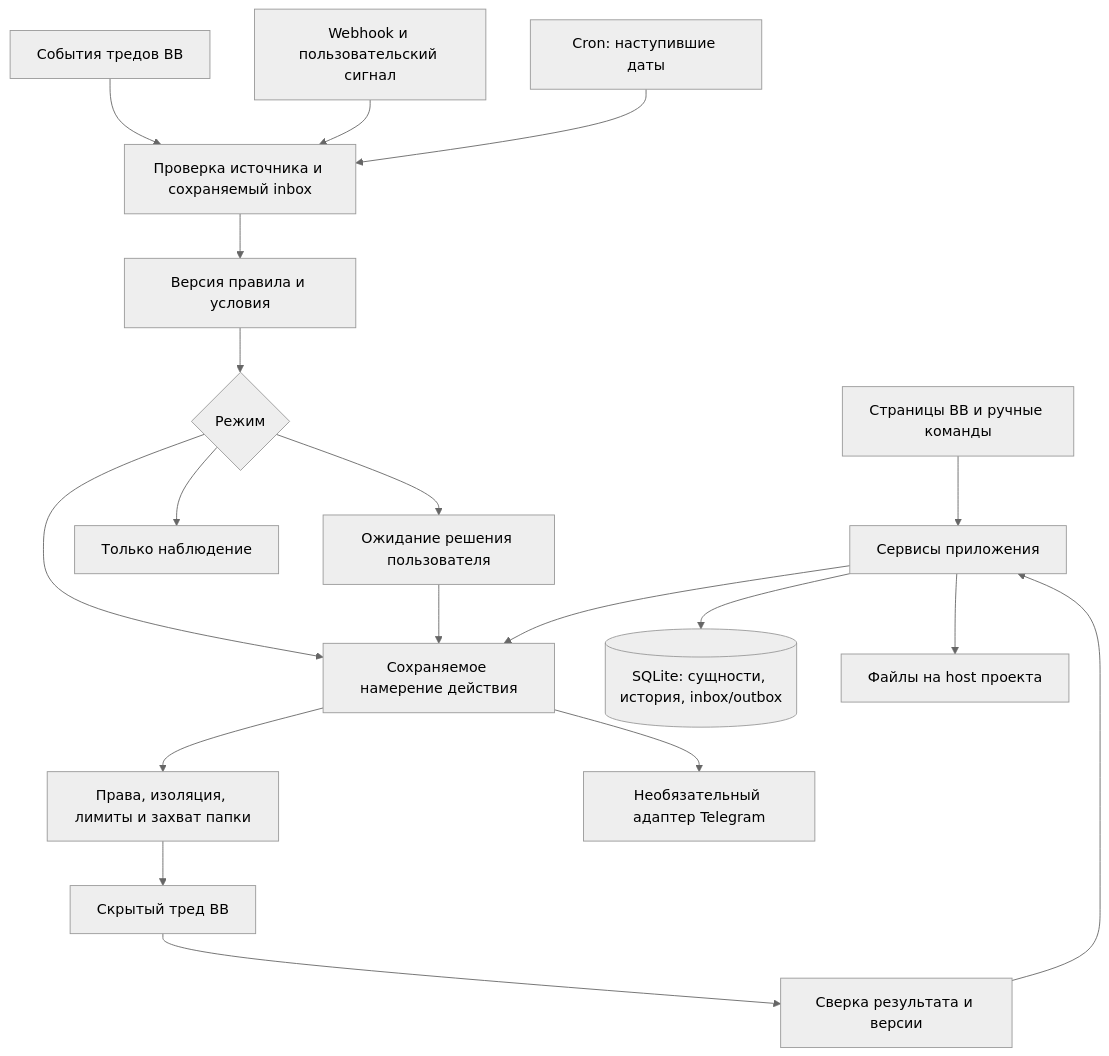
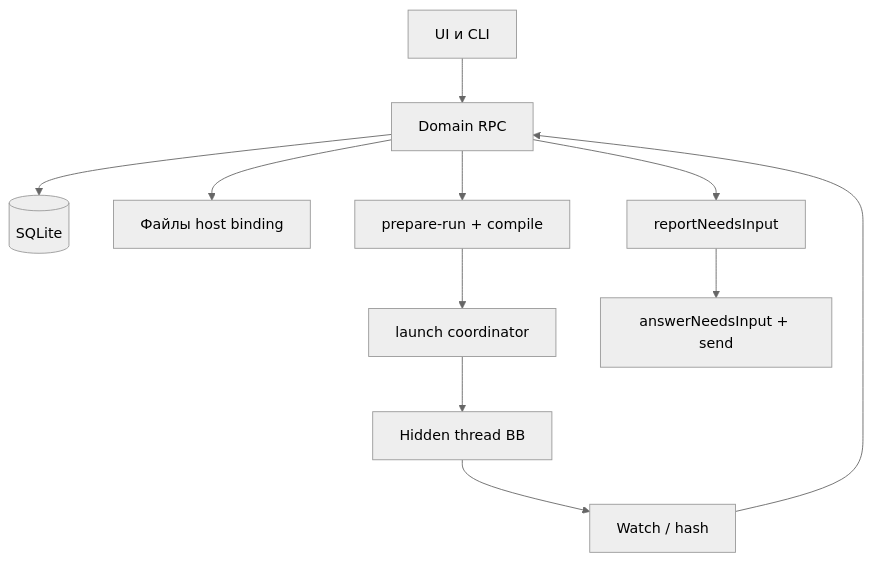
One commit to VKirill/bb-plugin-agency changed the diagram in docs/architecture.md. Above: the diagram before and after it, drawn with Mermaid (neutral theme). The commit also changed other lines of this file and 418 other files, not shown here.

````diff
--- a/docs/architecture.md
+++ b/docs/architecture.md
@@ -20,21 +15,13 @@
 ```mermaid
 flowchart TD
-  UI[Страницы BB и ручные команды] --> S[Сервисы приложения]
-  B[События тредов BB] --> I[Проверка источника и сохраняемый inbox]
-  W[Webhook и пользовательский сигнал] --> I
-  C[Cron: наступившие даты] --> I
-  I --> R[Версия правила и условия]
-  R --> M{Режим}
-  M --> O[Только наблюдение]
-  M --> A[Ожидание решения пользователя]
-  M --> Q[Сохраняемое намерение действия]
-  A --> Q
-  S --> Q
-  Q --> G[Права, изоляция, лимиты и захват папки]
-  G --> T[Скрытый тред BB]
-  T --> V[Сверка результата и версии]
-  V --> S
-  S --> D[(SQLite: сущности, история, inbox/outbox)]
-  Q --> TG[Необязательный адаптер Telegram]
-  S --> F[Файлы на host проекта]
+  UI[UI и CLI] --> S[Domain RPC]
+  S --> D[(SQLite)]
+  S --> F[Файлы host binding]
+  S --> P[prepare-run + compile]
+  P --> L[launch coordinator]
+  L --> T[Hidden thread BB]
+  T --> W[Watch / hash]
+  W --> S
+  S --> N[reportNeedsInput]
+  N --> A[answerNeedsInput + send]
 ```
````
